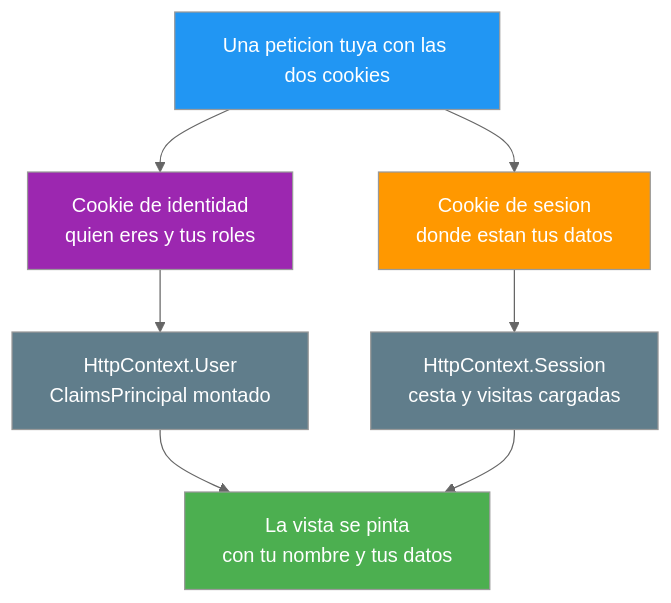
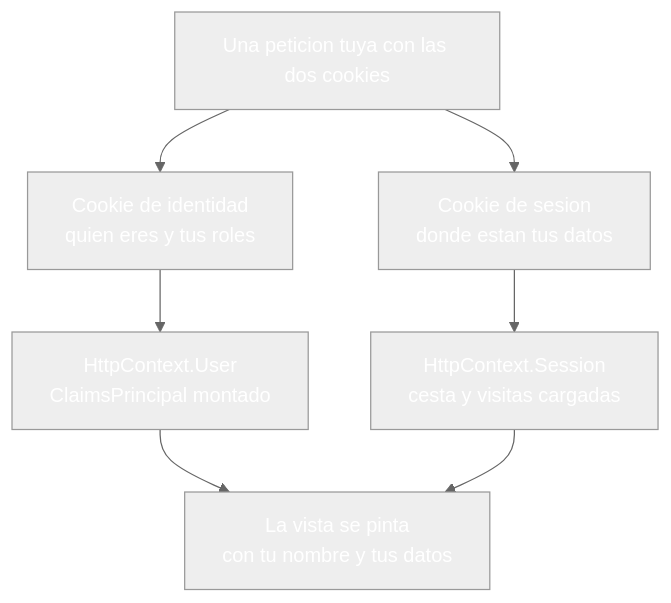
The fourth of 8 diagrams in 19-autenticacion-identity.md (joseluisgs/DesarrolloWebEntornosServidor-03-2026-2027), drawn with Mermaid (neutral theme) before and after one commit. The commit also changed other lines of this file and 30 other files, not shown here.

````diff
--- a/19-autenticacion-identity.md
+++ b/19-autenticacion-identity.md
@@ -161,15 +161,15 @@
 ```mermaid
 graph TD
     P["Una peticion tuya con las dos cookies"] --> CI["Cookie de identidad<br/>quien eres y tus roles"]
     P --> CS["Cookie de sesion<br/>donde estan tus datos"]
     CI --> U["HttpContext.User<br/>ClaimsPrincipal montado"]
     CS --> D["HttpContext.Session<br/>cesta y visitas cargadas"]
     U --> R["La vista se pinta<br/>con tu nombre y tus datos"]
     D --> R
-    style P fill:#2196F3,color:#fff
-    style CI fill:#9C27B0,color:#fff
-    style CS fill:#FF9800,color:#fff
-    style U fill:#607D8B,color:#fff
-    style D fill:#607D8B,color:#fff
-    style R fill:#4CAF50,color:#fff
+    style P fill:#2196F,color:#fff3,color:#fff
+    style CI fill:#9C27B,color:#fff0,color:#fff
+    style CS fill:#FF980,color:#fff0,color:#fff
+    style U fill:#607D8,color:#fffB,color:#fff
+    style D fill:#607D8,color:#fffB,color:#fff
+    style R fill:#4CAF5,color:#fff0,color:#fff
 ```
````
